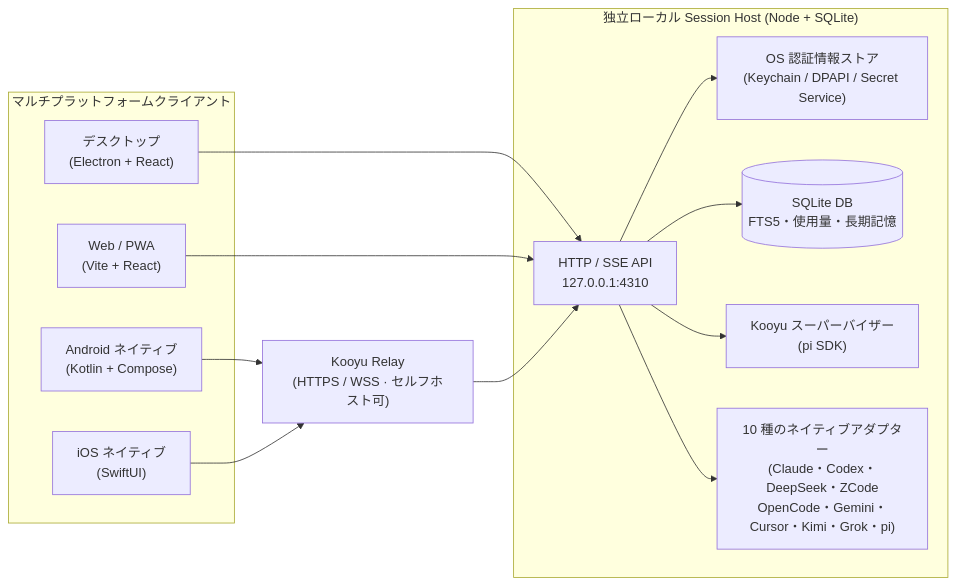
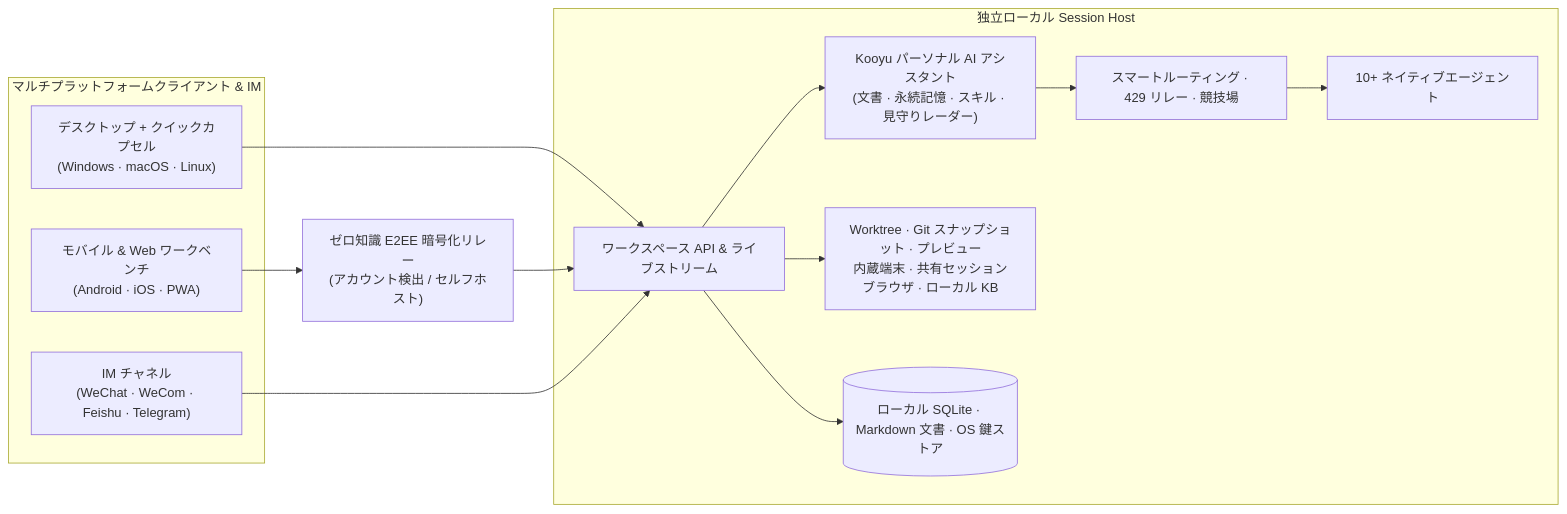
One commit to sh2001sh/Kooyu changed the diagram in README.ja.md. Above: the diagram before and after it, drawn with Mermaid. The commit also changed other lines of this file and 290 other files, not shown here.

````diff
--- a/README.ja.md
+++ b/README.ja.md
@@ -199,28 +170,27 @@
 ```mermaid
 flowchart LR
-  subgraph Clients["マルチプラットフォームクライアント"]
-    Desktop["デスクトップ\n(Electron + React)"]
-    Web["Web / PWA\n(Vite + React)"]
-    Android["Android ネイティブ\n(Kotlin + Compose)"]
-    iOS["iOS ネイティブ\n(SwiftUI)"]
+  subgraph Clients["マルチプラットフォームクライアント & IM"]
+    Desktop["デスクトップ + クイックカプセル\n(Windows · macOS · Linux)"]
+    Mobile["モバイル & Web ワークベンチ\n(Android · iOS · PWA)"]
+    IM["IM チャネル\n(WeChat · WeCom · Feishu · Telegram)"]
   end
 
-  Relay["Kooyu Relay\n(HTTPS / WSS · セルフホスト可)"]
+  Bridge["ゼロ知識 E2EE 暗号化リレー\n(アカウント検出 / セルフホスト)"]
 
-  subgraph Host["独立ローカル Session Host (Node + SQLite)"]
-    API["HTTP / SSE API\n127.0.0.1:4310"]
-    Vault["OS 認証情報ストア\n(Keychain / DPAPI / Secret Service)"]
-    DB[("SQLite DB\nFTS5・使用量・長期記憶")]
-    Supervisor["Kooyu スーパーバイザー\n(pi SDK)"]
-    Adapters["10 種のネイティブアダプター\n(Claude・Codex・DeepSeek・ZCode\nOpenCode・Gemini・Cursor・Kimi・Grok・pi)"]
+  subgraph Host["独立ローカル Session Host"]
+    API["ワークスペース API & ライブストリーム"]
+    Supervisor["Kooyu パーソナル AI アシスタント\n(文書 · 永続記憶 · スキル · 見守りレーダー)"]
+    Router["スマートルーティング · 429 リレー · 競技場"]
+    Adapters["10+ ネイティブエージェント"]
+    Tools["Worktree · Git スナップショット · プレビュー\n内蔵端末 · 共有セッションブラウザ · ローカル KB"]
+    Storage[("ローカル SQLite · Markdown 文書 · OS 鍵ストア")]
   end
 
   Desktop --> API
-  Web --> API
-  Android --> Relay --> API
-  iOS --> Relay
-  API --> DB
-  API --> Vault
+  Mobile --> Bridge --> API
+  IM --> API
   API --> Supervisor
-  API --> Adapters
+  Supervisor --> Router --> Adapters
+  API --> Tools
+  API --> Storage
 ```
````
